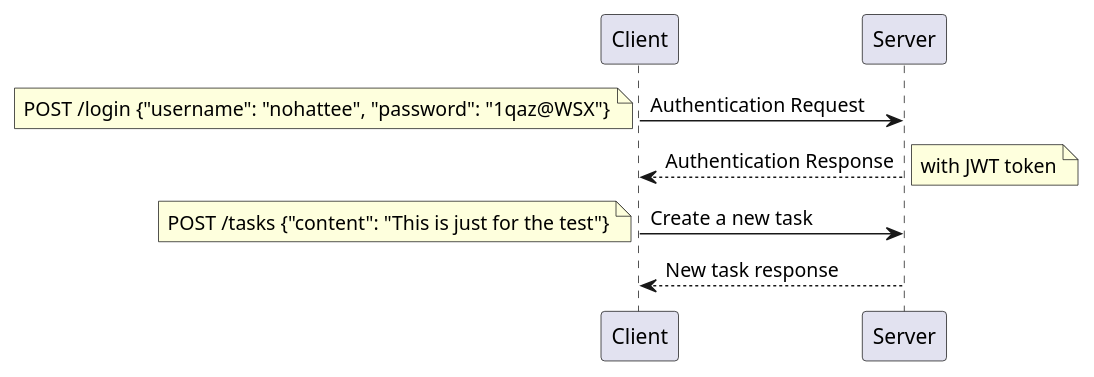
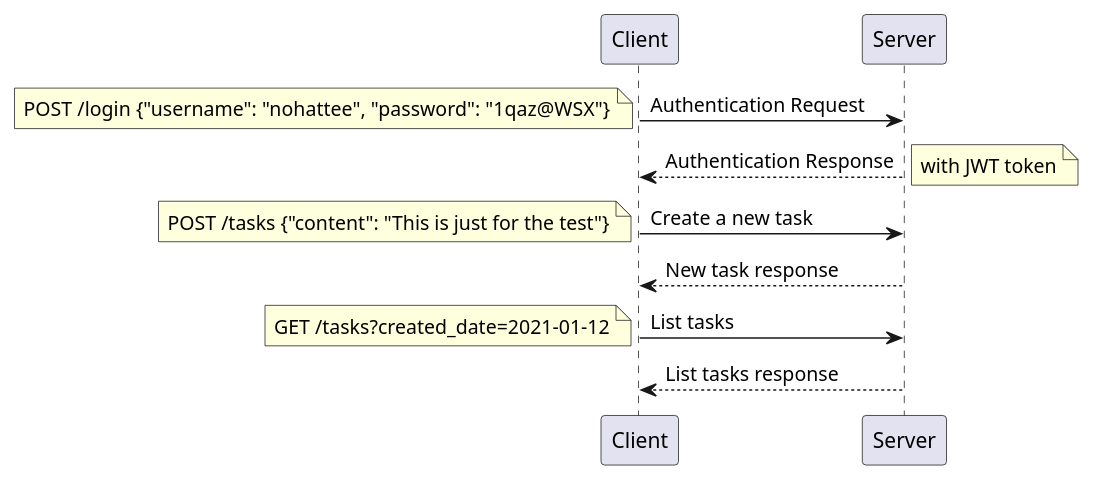
Before and after one commit to manabie-com/togo: the diagram in docs/sequence.plantuml, drawn with PlantUML. The commit also changed 8 other files, not shown here.

```diff
--- a/docs/sequence.plantuml
+++ b/docs/sequence.plantuml
@@ -1,10 +1,14 @@
 @startuml
 Client -> Server: Authentication Request
 note left: POST /login {"username": "nohattee", "password": "1qaz@WSX"}
 Client <-- Server: Authentication Response
 note right: with JWT token
 
 Client -> Server: Create a new task
 note left: POST /tasks {"content": "This is just for the test"}
 Client <-- Server : New task response
+
+Client -> Server: List tasks
+note left: GET /tasks?created_date=2021-01-12
+Client <-- Server : List tasks response
 @enduml
```
